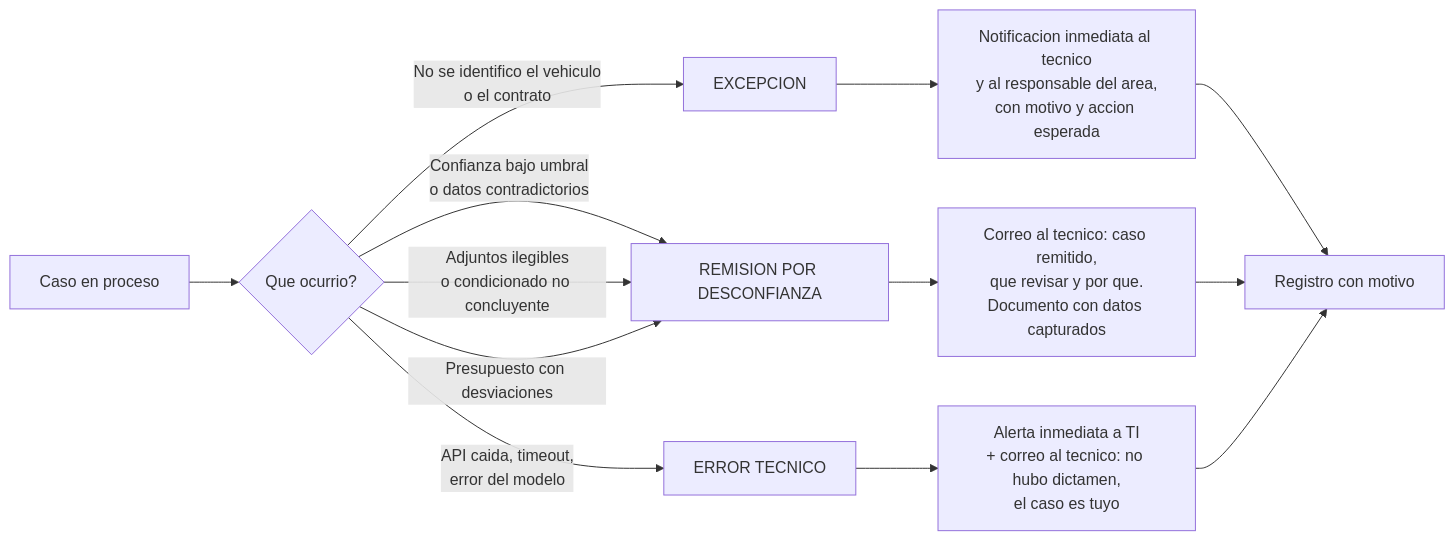
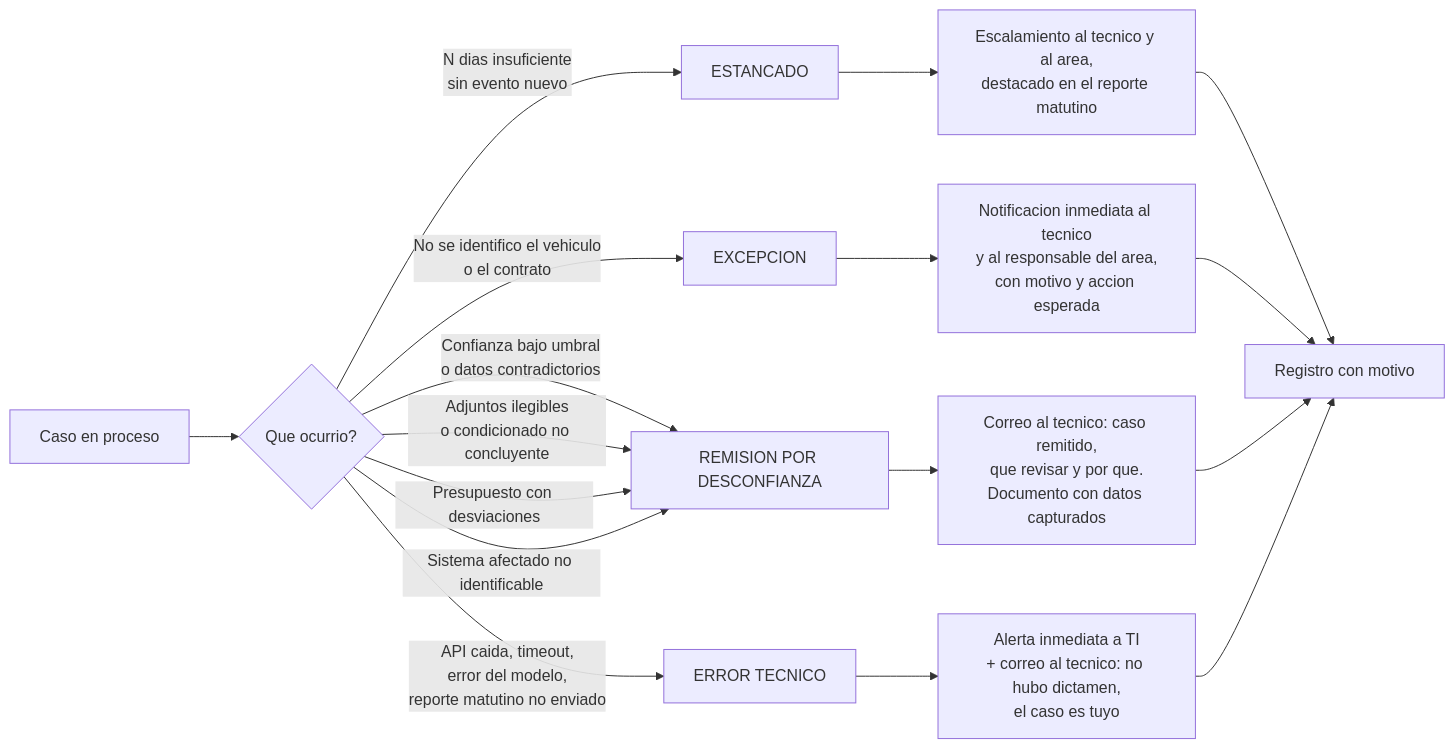
One commit to garantiplusmexico/enginecx_prd changed the seventh of 7 diagrams in Desarrollos_internos/PJ1544-copiloto-averias/PRD.md. Above: the diagram before and after it, drawn with Mermaid. The commit also changed other lines of this file and 5 other files, not shown here.

Commit message:
feat(prd): Copiloto de Averias v0.3 (Desarrollos_internos/PJ1544-copiloto-averias) — seguimiento del expediente, capa 0 de suficiencia, reporte matutino y arquitectura en capas

````diff
--- a/Desarrollos_internos/PJ1544-copiloto-averias/PRD.md
+++ b/Desarrollos_internos/PJ1544-copiloto-averias/PRD.md
@@ -357,15 +521,19 @@
 ```mermaid
 flowchart LR
     A["Caso en proceso"] --> B{"Que ocurrio?"}
     B -->|"No se identifico el vehiculo<br/>o el contrato"| C["EXCEPCION"]
     B -->|"Confianza bajo umbral<br/>o datos contradictorios"| D["REMISION POR DESCONFIANZA"]
     B -->|"Adjuntos ilegibles<br/>o condicionado no concluyente"| D
     B -->|"Presupuesto con desviaciones"| D
-    B -->|"API caida, timeout,<br/>error del modelo"| E["ERROR TECNICO"]
+    B -->|"Sistema afectado no identificable"| D
+    B -->|"N dias insuficiente<br/>sin evento nuevo"| J["ESTANCADO"]
+    B -->|"API caida, timeout,<br/>error del modelo,<br/>reporte matutino no enviado"| E["ERROR TECNICO"]
+    J --> K["Escalamiento al tecnico y al area,<br/>destacado en el reporte matutino"]
+    K --> I
     C --> F["Notificacion inmediata al tecnico<br/>y al responsable del area,<br/>con motivo y accion esperada"]
     D --> G["Correo al tecnico: caso remitido,<br/>que revisar y por que.<br/>Documento con datos capturados"]
     E --> H["Alerta inmediata a TI<br/>+ correo al tecnico: no hubo dictamen,<br/>el caso es tuyo"]
     F --> I["Registro con motivo"]
     G --> I
     H --> I
 ```
````
